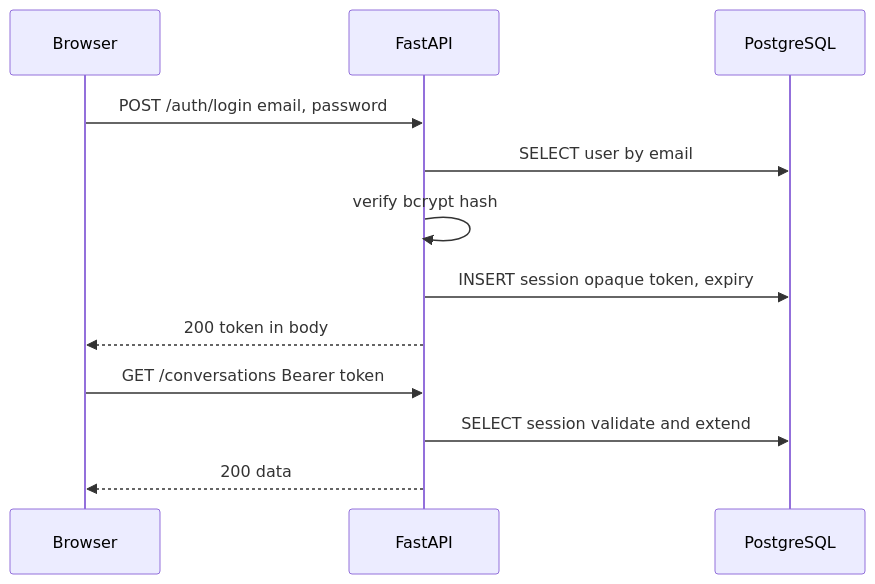
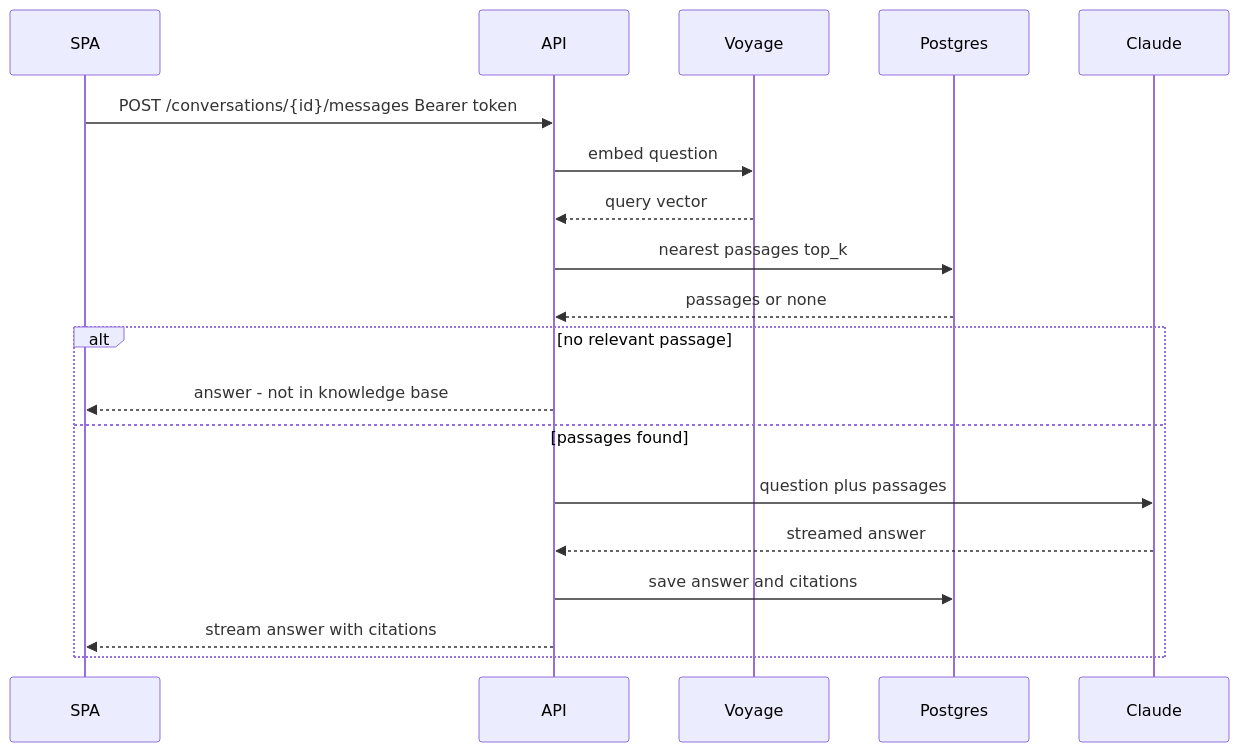
The second of 5 diagrams in docs/sdlc/architecture/README.md (saitejaquorq/blogger), drawn with Mermaid before and after one commit. The commit also changed other lines of this file and 15 other files, not shown here.

````diff
--- a/docs/sdlc/architecture/README.md
+++ b/docs/sdlc/architecture/README.md
@@ -216,14 +304,21 @@
 ```mermaid
 sequenceDiagram
-  participant U as Browser
-  participant A as FastAPI
-  participant D as PostgreSQL
-  U->>A: POST /auth/login email, password
-  A->>D: SELECT user by email
-  A->>A: verify bcrypt hash
-  A->>D: INSERT session opaque token, expiry
-  A-->>U: 200 token in body
-  U->>A: GET /conversations Bearer token
-  A->>D: SELECT session validate and extend
-  A-->>U: 200 data
+  participant U as SPA
+  participant A as API
+  participant V as Voyage
+  participant P as Postgres
+  participant C as Claude
+  U->>A: POST /conversations/{id}/messages Bearer token
+  A->>V: embed question
+  V-->>A: query vector
+  A->>P: nearest passages top_k
+  P-->>A: passages or none
+  alt no relevant passage
+    A-->>U: answer - not in knowledge base
+  else passages found
+    A->>C: question plus passages
+    C-->>A: streamed answer
+    A->>P: save answer and citations
+    A-->>U: stream answer with citations
+  end
 ```
````
